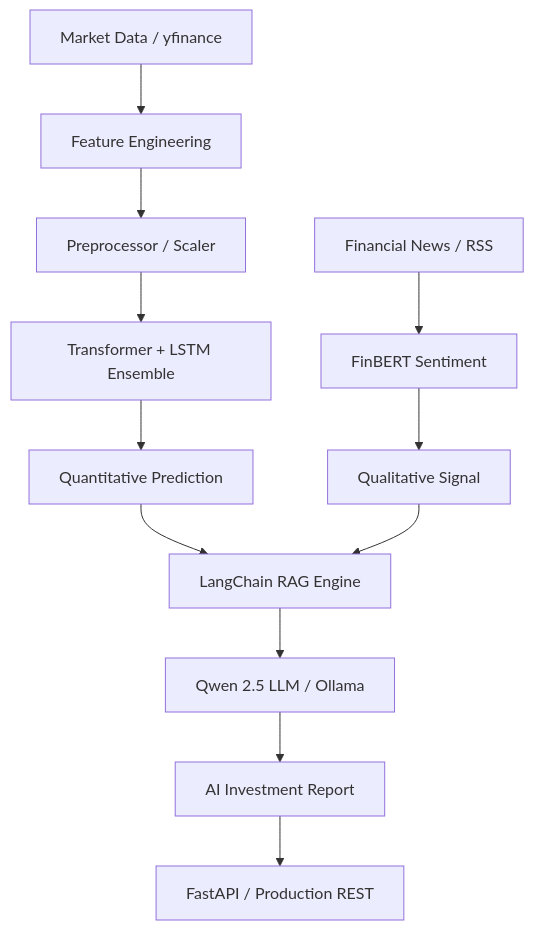
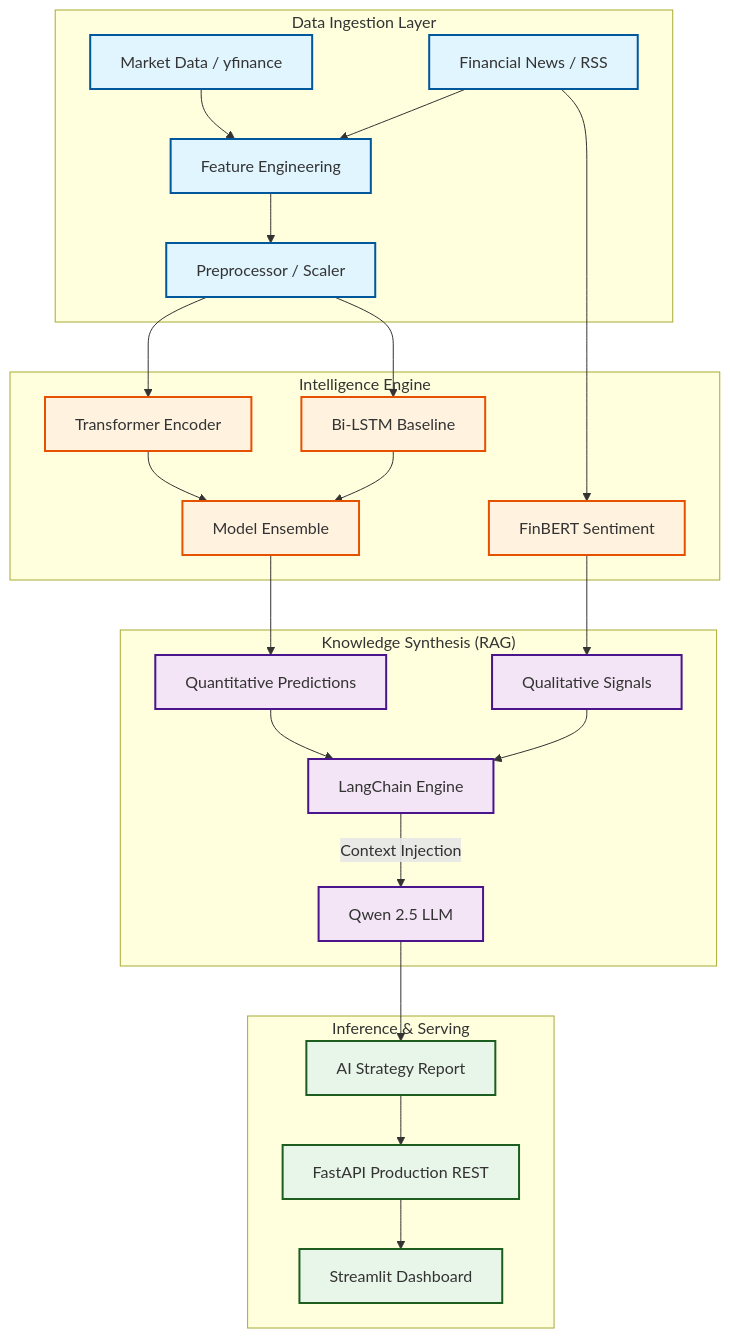
The first of 3 diagrams in README.md (saciducak/stocksense-ai), drawn with Mermaid before and after one commit.

Commit message:
docs: Redesign architecture diagram with subgraphs and premium styling

````diff
--- a/README.md
+++ b/README.md
@@ -13,14 +13,41 @@
 ```mermaid
 graph TD
-    A[Market Data / yfinance] --> B[Feature Engineering]
-    C[Financial News / RSS] --> D[FinBERT Sentiment]
-    B --> E[Preprocessor / Scaler]
-    E --> F[Transformer + LSTM Ensemble]
-    F --> G[Quantitative Prediction]
-    D --> H[Qualitative Signal]
-    G --> I[LangChain RAG Engine]
-    H --> I
-    I --> J[Qwen 2.5 LLM / Ollama]
-    J --> K[AI Investment Report]
-    K --> L[FastAPI / Production REST]
+    %% Base Styles
+    classDef data fill:#e1f5fe,stroke:#01579b,stroke-width:2px;
+    classDef engine fill:#fff3e0,stroke:#e65100,stroke-width:2px;
+    classDef rag fill:#f3e5f5,stroke:#4a148c,stroke-width:2px;
+    classDef deploy fill:#e8f5e9,stroke:#1b5e20,stroke-width:2px;
+
+    subgraph "Data Ingestion Layer"
+        A1[Market Data / yfinance]
+        A2[Financial News / RSS]
+        A1 & A2 --> B[Feature Engineering]
+        B --> C[Preprocessor / Scaler]
+    end
+
+    subgraph "Intelligence Engine"
+        C --> D1[Transformer Encoder]
+        C --> D2[Bi-LSTM Baseline]
+        A2 --> D3[FinBERT Sentiment]
+        D1 & D2 --> E[Model Ensemble]
+    end
+
+    subgraph "Knowledge Synthesis (RAG)"
+        E --> F[Quantitative Predictions]
+        D3 --> G[Qualitative Signals]
+        F & G --> H[LangChain Engine]
+        H -- "Context Injection" --> I[Qwen 2.5 LLM]
+    end
+
+    subgraph "Inference & Serving"
+        I --> J[AI Strategy Report]
+        J --> K[FastAPI Production REST]
+        K --> L[Streamlit Dashboard]
+    end
+
+    %% Apply Classes
+    class A1,A2,B,C data;
+    class D1,D2,D3,E engine;
+    class F,G,H,I rag;
+    class J,K,L deploy;
 ```
````
